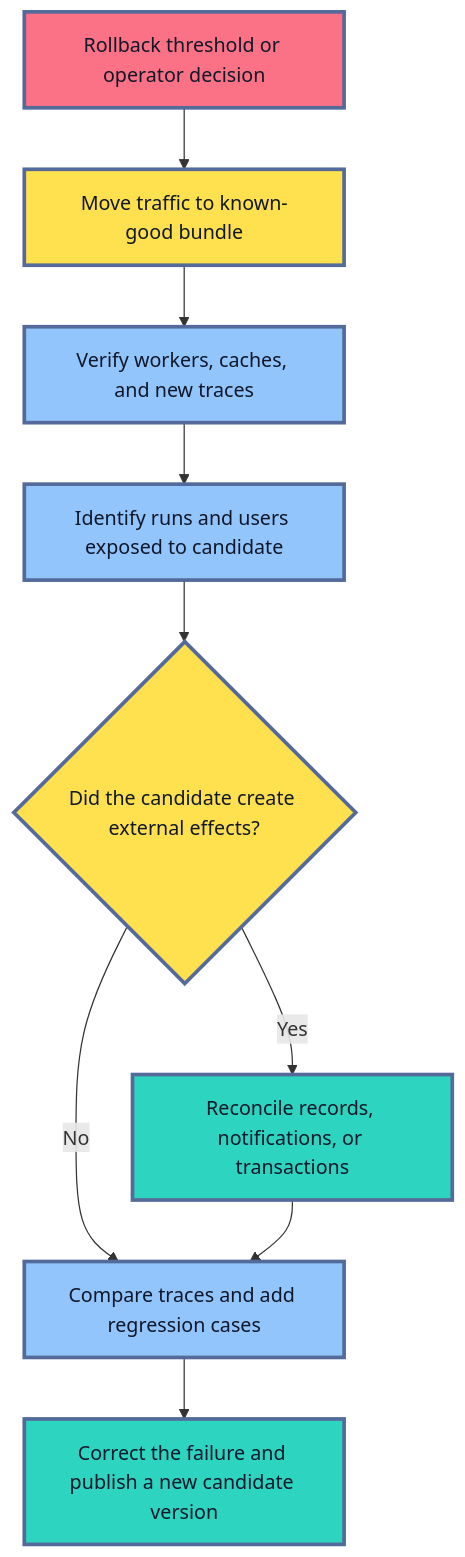
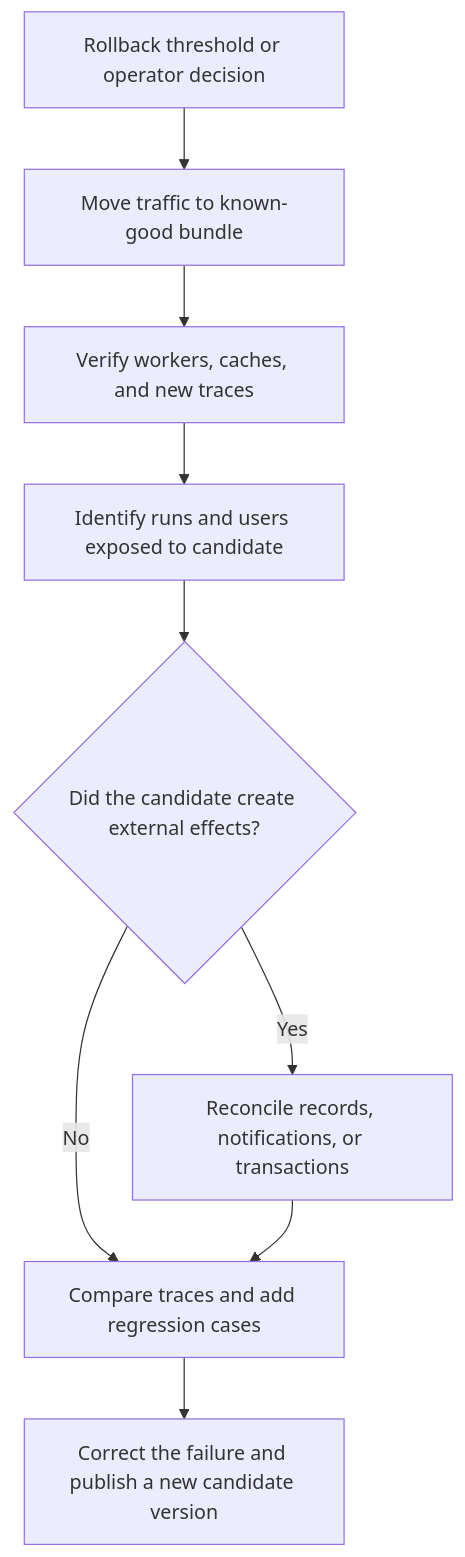
Before and after one commit to senlinyy/dev-roadmaps: the sixth of 6 diagrams in roadmaps/mlops/modules/llmops/llm-app-foundations/04-prompt-versioning-and-release.md, drawn with Mermaid. The commit also changed other lines of this file and 152 other files, not shown here.

Commit message:
feat: mlops and diagrams updated

````diff
--- a/roadmaps/mlops/modules/llmops/llm-app-foundations/04-prompt-versioning-and-release.md
+++ b/roadmaps/mlops/modules/llmops/llm-app-foundations/04-prompt-versioning-and-release.md
@@ -568,20 +550,16 @@
 ```mermaid
 flowchart TD
     A["Rollback threshold or operator decision"] --> B["Move traffic to known-good bundle"]
     B --> C["Verify workers, caches, and new traces"]
     C --> D["Identify runs and users exposed to candidate"]
     D --> E{"Did the candidate create external effects?"}
     E -->|"No"| F["Compare traces and add regression cases"]
     E -->|"Yes"| G["Reconcile records, notifications, or transactions"]
     G --> F
     F --> H["Correct the failure and publish a new candidate version"]
 
-    classDef trigger fill:#FB7185,stroke:#536A9A,stroke-width:3px,color:#111827
-    classDef control fill:#FFE04F,stroke:#536A9A,stroke-width:3px,color:#111827
-    classDef inspect fill:#93C5FD,stroke:#536A9A,stroke-width:3px,color:#0F172A
-    classDef recover fill:#2DD4BF,stroke:#536A9A,stroke-width:3px,color:#0F172A
     class A trigger
     class B,E control
     class C,D,F inspect
     class G,H recover
 ```
````
